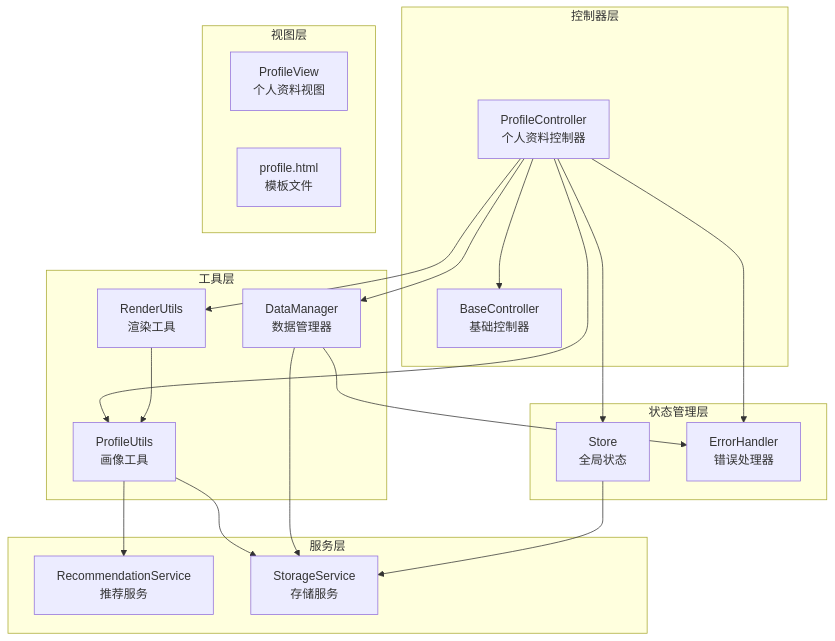
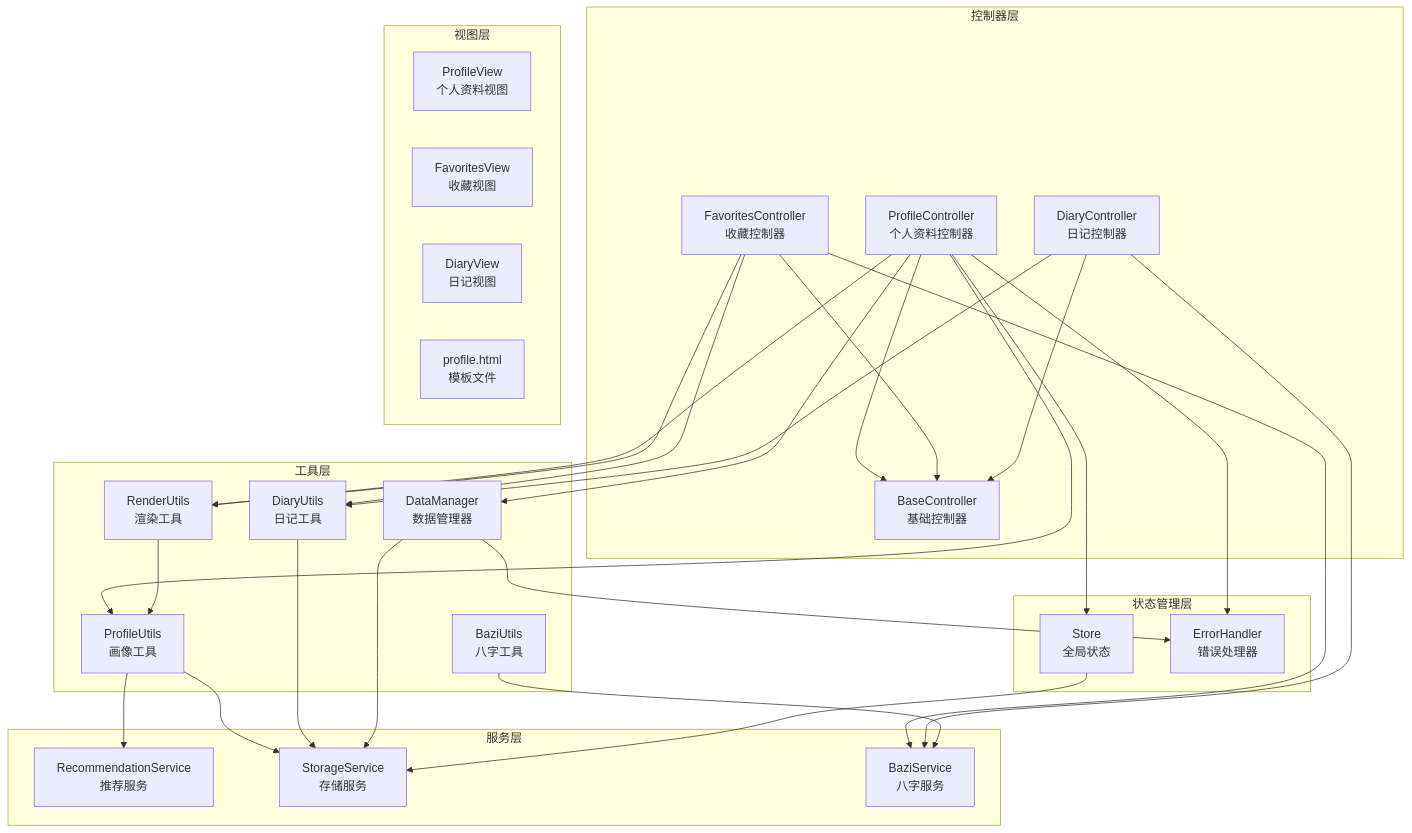
One commit to jeankeim/wuxing-fashion changed the first of 16 diagrams in .qoder/repowiki/zh/content/控制器系统/个人资料控制器.md. Above: the diagram before and after it, drawn with Mermaid. The commit also changed other lines of this file and 27 other files, not shown here.

````diff
--- a/.qoder/repowiki/zh/content/控制器系统/个人资料控制器.md
+++ b/.qoder/repowiki/zh/content/控制器系统/个人资料控制器.md
@@ -39,36 +56,52 @@
 ```mermaid
 graph TB
 subgraph "控制器层"
 PC[ProfileController<br/>个人资料控制器]
+FC[FavoritesController<br/>收藏控制器]
+DC[DiaryController<br/>日记控制器]
 BC[BaseController<br/>基础控制器]
 end
 subgraph "工具层"
 PU[ProfileUtils<br/>画像工具]
-RD[RenderUtils<br/>渲染工具]
-DM[DataManager<br/>数据管理器]
+RU[RenderUtils<br/>渲染工具]
+DR[DataManager<br/>数据管理器]
+BU[BaziUtils<br/>八字工具]
+DU[DiaryUtils<br/>日记工具]
 end
 subgraph "服务层"
 RS[RecommendationService<br/>推荐服务]
 ST[StorageService<br/>存储服务]
+BS[BaziService<br/>八字服务]
 end
 subgraph "状态管理层"
 STO[Store<br/>全局状态]
 EH[ErrorHandler<br/>错误处理器]
 end
 subgraph "视图层"
 PV[ProfileView<br/>个人资料视图]
+FV[FavoritesView<br/>收藏视图]
+DV[DiaryView<br/>日记视图]
 HTML[profile.html<br/>模板文件]
 end
 PC --> BC
 PC --> PU
-PC --> RD
-PC --> DM
+PC --> RU
+PC --> DR
 PC --> STO
 PC --> EH
+FC --> BC
+FC --> RU
+DC --> BC
+FC --> DU
+DC --> DU
+FC --> BS
+DC --> BS
 PU --> RS
 PU --> ST
-RD --> PU
-DM --> ST
-DM --> EH
+BU --> BS
+DU --> ST
+RU --> PU
+DR --> ST
+DR --> EH
 STO --> ST
 ```
````
